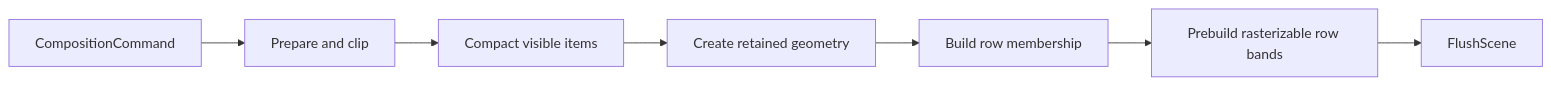
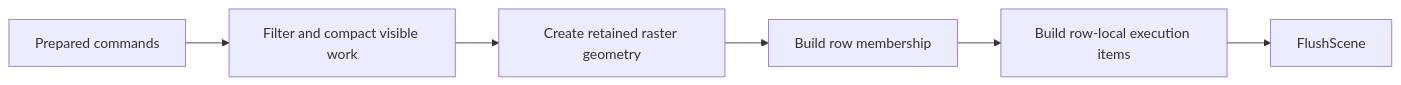
Before and after one commit to SixLabors/ImageSharp.Drawing: the second of 4 diagrams in src/ImageSharp.Drawing/Processing/Backends/DEFAULT_DRAWING_BACKEND.md, drawn with Mermaid. The commit also changed other lines of this file and 6 other files, not shown here.

````diff
--- a/src/ImageSharp.Drawing/Processing/Backends/DEFAULT_DRAWING_BACKEND.md
+++ b/src/ImageSharp.Drawing/Processing/Backends/DEFAULT_DRAWING_BACKEND.md
@@ -124,9 +173,8 @@
 ```mermaid
 flowchart LR
-    A[CompositionCommand] --> B[Prepare and clip]
-    B --> C[Compact visible items]
-    C --> D[Create retained geometry]
-    D --> E[Build row membership]
-    E --> F[Prebuild rasterizable row bands]
-    F --> G[FlushScene]
+    A[Prepared commands] --> B[Filter and compact visible work]
+    B --> C[Create retained raster geometry]
+    C --> D[Build row membership]
+    D --> E[Build row-local execution items]
+    E --> F[FlushScene]
 ```
````
